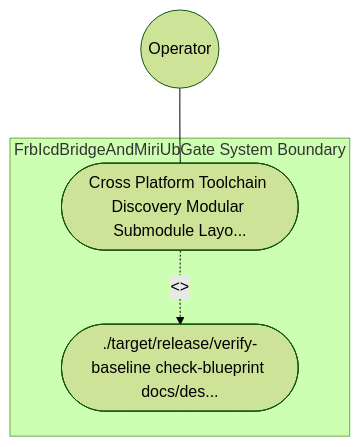
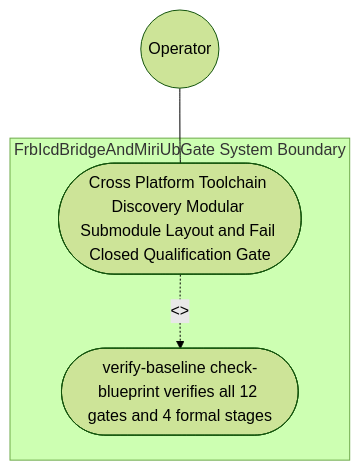
Before and after one commit to gintatkinson/DEAP01-spec-core: the first of 2 diagrams in .pipeline/upstream/docs/use-cases/UC-51-Cross_Platform_Toolchain_Discovery_Modular_Submodule_Layout_and_Fail_Closed_Qualification_Gate.md, drawn with Mermaid (forest theme). The commit also changed other lines of this file and 225 other files, not shown here.

````diff
--- a/.pipeline/upstream/docs/use-cases/UC-51-Cross_Platform_Toolchain_Discovery_Modular_Submodule_Layout_and_Fail_Closed_Qualification_Gate.md
+++ b/.pipeline/upstream/docs/use-cases/UC-51-Cross_Platform_Toolchain_Discovery_Modular_Submodule_Layout_and_Fail_Closed_Qualification_Gate.md
@@ -16,9 +19,9 @@
 ```mermaid
 graph TD
     subgraph "FrbIcdBridgeAndMiriUbGate System Boundary"
-        UC_Main(["Cross Platform Toolchain Discovery Modular Submodule Layo..."])
-        UC_Step01(["./target/release/verify-baseline check-blueprint docs/des..."])
+        UC_Main(["Cross Platform Toolchain Discovery Modular Submodule Layout and Fail Closed Qualification Gate"])
+        UC_Step01(["verify-baseline check-blueprint verifies all 12 gates and 4 formal stages"])
     end
     Operator(("Operator")) --- UC_Main
     UC_Main -. "<<include>>" .-> UC_Step01
 ```
````
